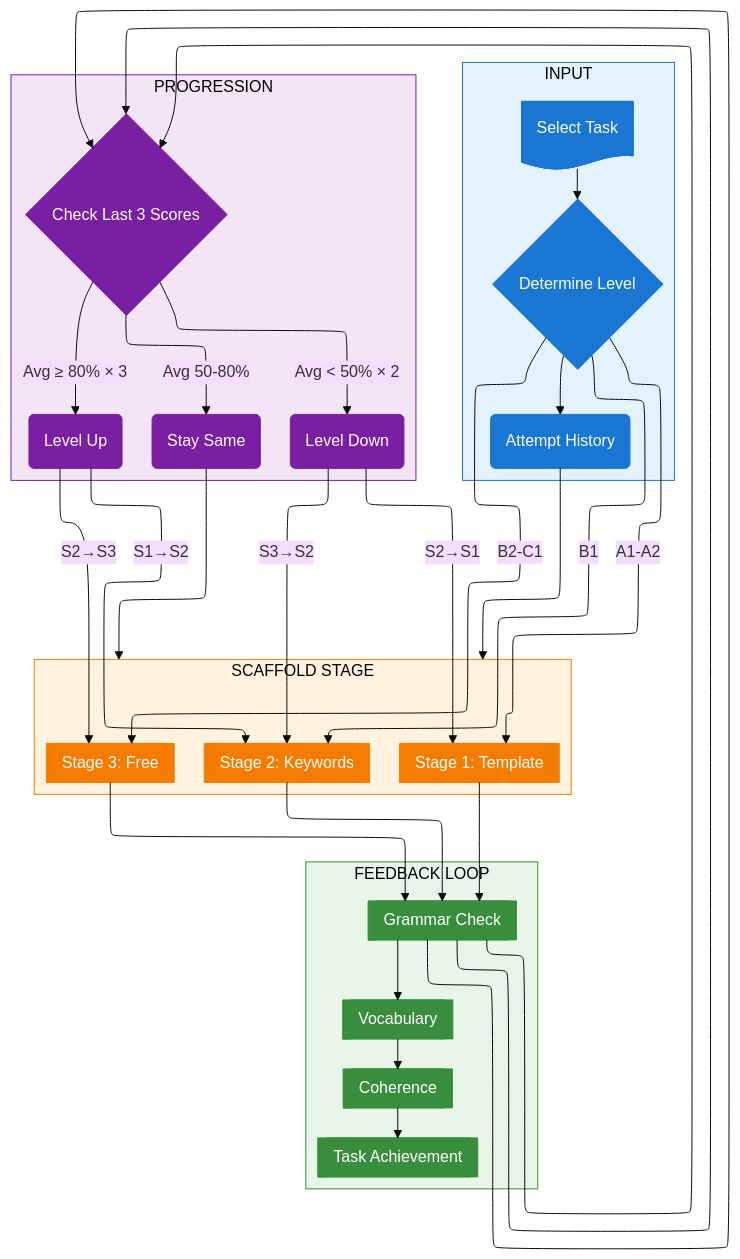
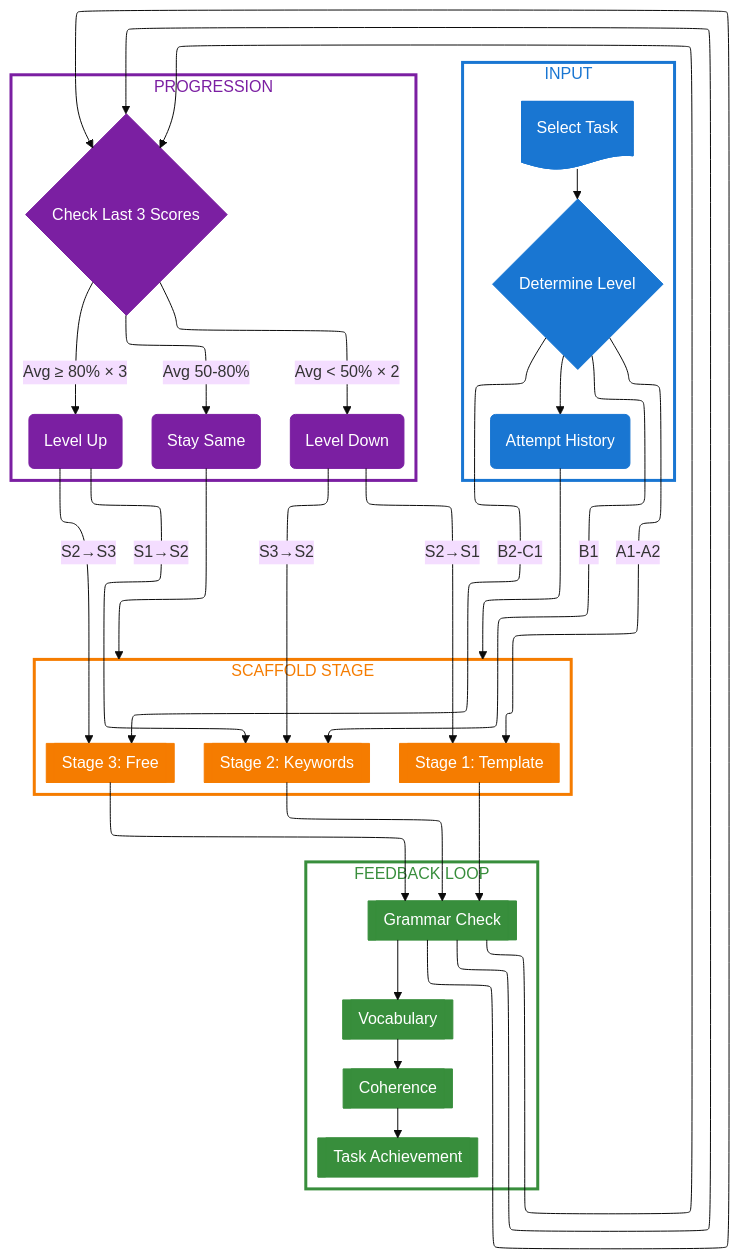
Before and after one commit to nghyane/VSTEP: the tenth of 12 diagrams in docs/capstone/diagrams/flow-diagrams.vi.md, drawn with Mermaid (base theme). The commit also changed other lines of this file, not shown here.

````diff
--- a/docs/capstone/diagrams/flow-diagrams.vi.md
+++ b/docs/capstone/diagrams/flow-diagrams.vi.md
@@ -661,76 +661,76 @@
 ```mermaid
 ---
 config:
   layout: elk
 ---
 flowchart TB
     subgraph Input["INPUT"]
         Task@{ shape: doc, label: "Select Task" }
         Level@{ shape: diam, label: "Determine Level" }
         History@{ shape: rounded, label: "Attempt History" }
     end
 
     subgraph Stage["SCAFFOLD STAGE"]
         direction LR
         S1@{ shape: fr-rect, label: "Stage 1: Template" }
         S2@{ shape: fr-rect, label: "Stage 2: Keywords" }
         S3@{ shape: fr-rect, label: "Stage 3: Free" }
     end
 
     subgraph Feedback["FEEDBACK LOOP"]
         direction TB
         Grammar@{ shape: fr-rect, label: "Grammar Check" }
         Vocab@{ shape: fr-rect, label: "Vocabulary" }
         Cohesion@{ shape: fr-rect, label: "Coherence" }
         TaskResp@{ shape: fr-rect, label: "Task Achievement" }
     end
 
     subgraph Progression["PROGRESSION"]
         Check@{ shape: diam, label: "Check Last 3 Scores" }
         Up@{ shape: rounded, label: "Level Up" }
         Stay@{ shape: rounded, label: "Stay Same" }
         Down@{ shape: rounded, label: "Level Down" }
     end
 
     Task --> Level --> History --> Stage
     Level -->|"A1-A2"| S1
     Level -->|"B1"| S2
     Level -->|"B2-C1"| S3
     
     S1 --> Grammar --> Check
     S2 --> Grammar --> Check
     S3 --> Grammar --> Check
     Grammar --> Vocab --> Cohesion --> TaskResp
     
     Check -->|"Avg ≥ 80% × 3"| Up
     Check -->|"Avg 50-80%"| Stay
     Check -->|"Avg < 50% × 2"| Down
     
     Up -->|"S1→S2"| S2
     Up -->|"S2→S3"| S3
     Stay --> Stage
     Down -->|"S2→S1"| S1
     Down -->|"S3→S2"| S2
 
     %% Nodes
     classDef input fill:#1976d2,stroke:#1976d2,color:#fff
     classDef stage fill:#f57c00,stroke:#f57c00,color:#fff
     classDef feedback fill:#388e3c,stroke:#388e3c,color:#fff
     classDef progress fill:#7b1fa2,stroke:#7b1fa2,color:#fff
 
     %% Boxes
-    classDef inputBox fill:#e3f2fd,stroke:#1976d2,color:#000
-    classDef stageBox fill:#fff3e0,stroke:#f57c00,color:#000
-    classDef feedbackBox fill:#e8f5e9,stroke:#388e3c,color:#000
-    classDef progressBox fill:#f3e5f5,stroke:#7b1fa2,color:#000
+    classDef inputBox fill:none,stroke:#1976d2,stroke-width:3px,color:#1976d2
+    classDef stageBox fill:none,stroke:#f57c00,stroke-width:3px,color:#f57c00
+    classDef feedbackBox fill:none,stroke:#388e3c,stroke-width:3px,color:#388e3c
+    classDef progressBox fill:none,stroke:#7b1fa2,stroke-width:3px,color:#7b1fa2
 
     class Input inputBox
     class Stage stageBox
     class Feedback feedbackBox
     class Progression progressBox
 
     class Task,Level,History input
     class S1,S2,S3 stage
     class Grammar,Vocab,Cohesion,TaskResp feedback
     class Check,Up,Stay,Down progress
 ```
````
